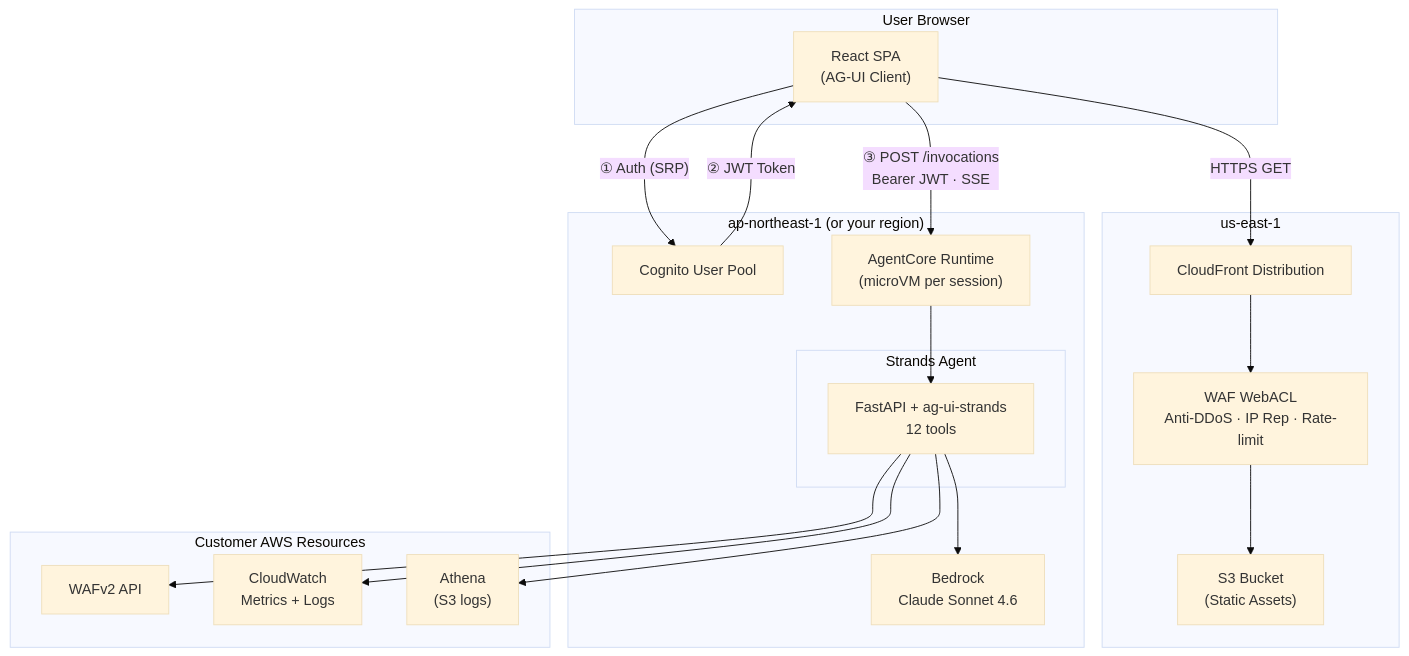
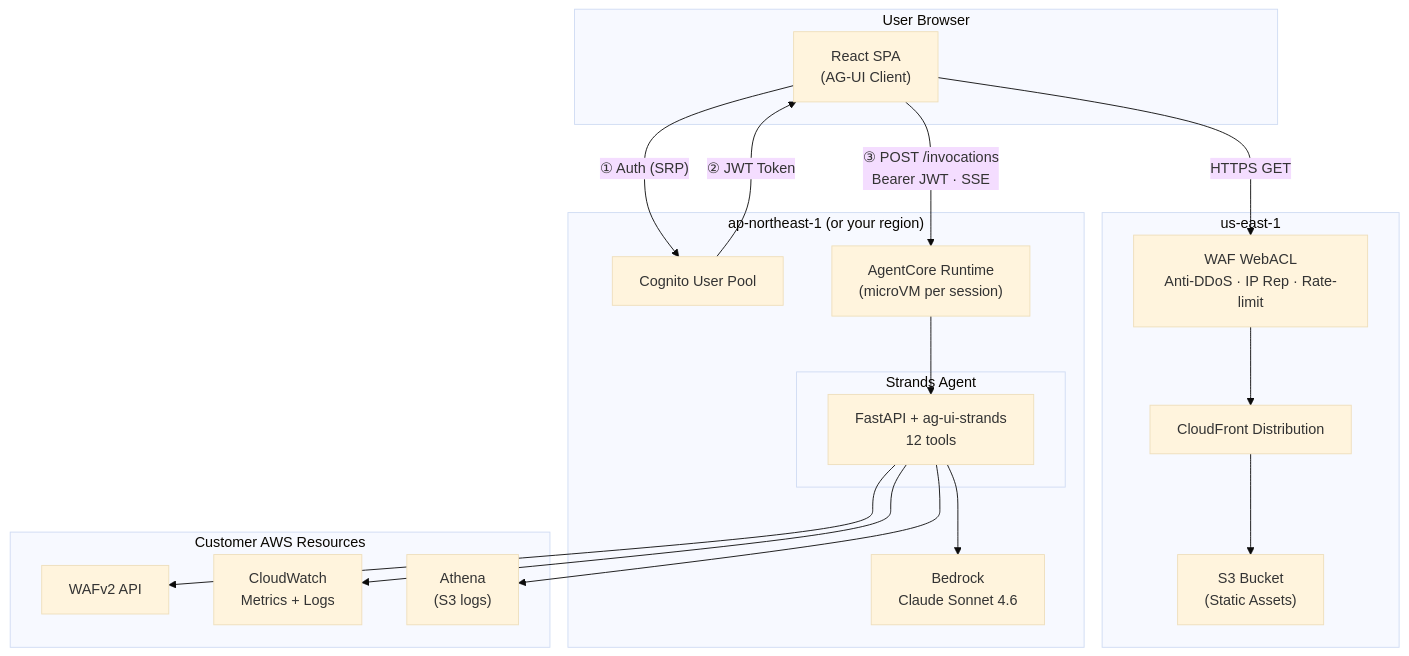
One commit to aws-samples/sample-building-a-conversational-ai-agent-for-aws-waf-analysis-with-agentcore changed the diagram in README.md. Above: the diagram before and after it, drawn with Mermaid (base theme).

Commit message:
Fix Mermaid: WAF before CloudFront in request flow

````diff
--- a/README.md
+++ b/README.md
@@ -50,38 +50,38 @@
 ```mermaid
 graph TB
     subgraph User["User Browser"]
         SPA["React SPA<br/>(AG-UI Client)"]
     end
 
     subgraph CF["us-east-1"]
         CloudFront["CloudFront Distribution"]
         WAF_FE["WAF WebACL<br/>Anti-DDoS · IP Rep · Rate-limit"]
         S3["S3 Bucket<br/>(Static Assets)"]
     end
 
     subgraph Backend["ap-northeast-1 (or your region)"]
         Cognito["Cognito User Pool"]
         AC["AgentCore Runtime<br/>(microVM per session)"]
         subgraph Agent["Strands Agent"]
             FastAPI["FastAPI + ag-ui-strands<br/>12 tools"]
         end
         Bedrock["Bedrock<br/>Claude Sonnet 4.6"]
     end
 
     subgraph AWS["Customer AWS Resources"]
         WAFv2["WAFv2 API"]
         CW["CloudWatch<br/>Metrics + Logs"]
         Athena["Athena<br/>(S3 logs)"]
     end
 
-    SPA -->|"HTTPS GET"| CloudFront
-    CloudFront --> WAF_FE --> S3
+    SPA -->|"HTTPS GET"| WAF_FE
+    WAF_FE --> CloudFront --> S3
     SPA -->|"① Auth (SRP)"| Cognito
     Cognito -->|"② JWT Token"| SPA
     SPA -->|"③ POST /invocations<br/>Bearer JWT · SSE"| AC
     AC --> FastAPI
     FastAPI --> Bedrock
     FastAPI --> WAFv2
     FastAPI --> CW
     FastAPI --> Athena
 ```
````
